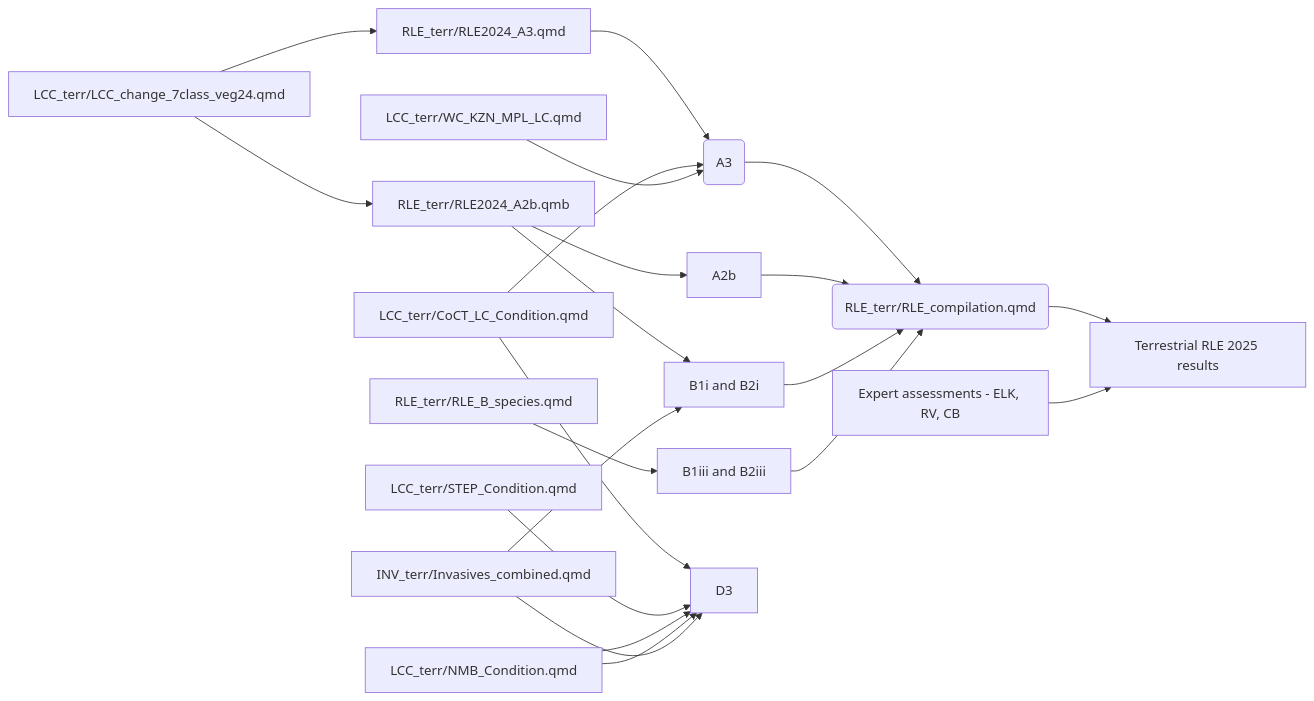
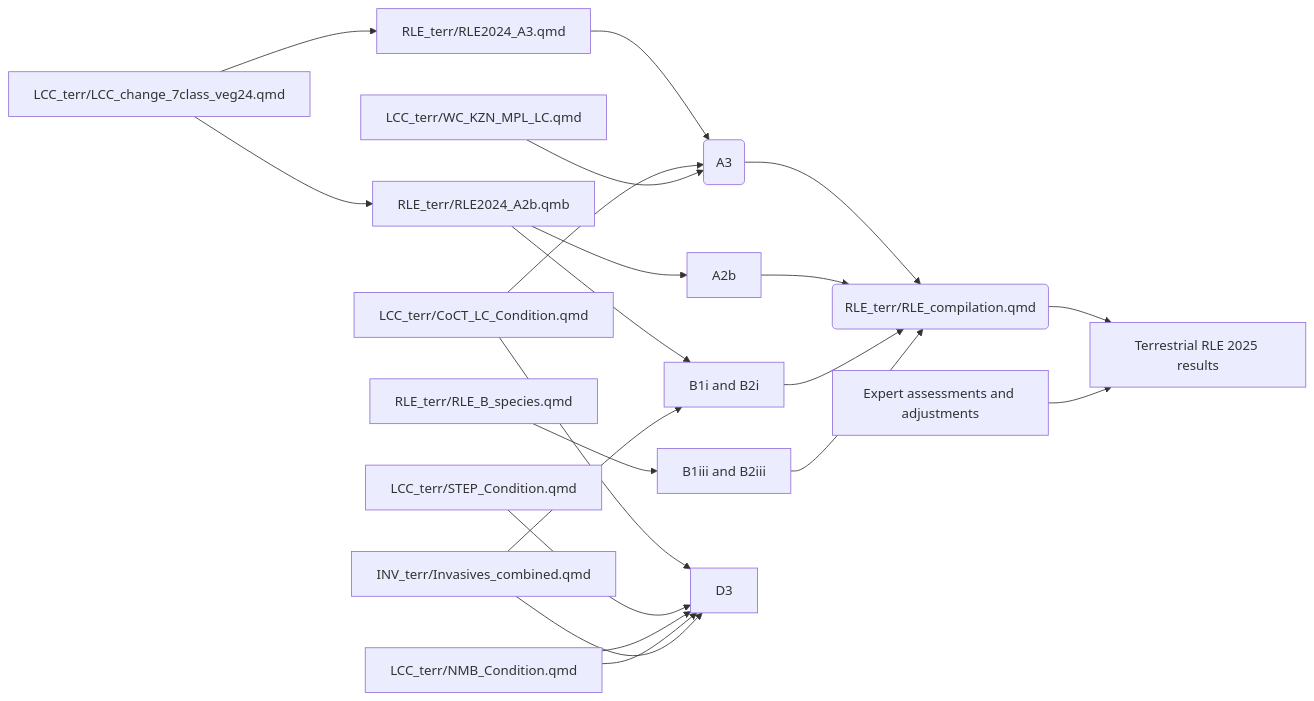
Before and after one commit to askowno/RLE_terr: the diagram in README.md, drawn with Mermaid. The commit also changed other lines of this file and 1 other file, not shown here.

````diff
--- a/README.md
+++ b/README.md
@@ -17,16 +17,16 @@
 ``` mermaid
 flowchart LR; 
 A[LCC_terr/LCC_change_7class_veg24.qmd] --> B[RLE_terr/RLE2024_A3.qmd] --> C(A3) --> D(RLE_terr/RLE_compilation.qmd) --> E[Terrestrial RLE 2025 results]; 
 A --> F[RLE_terr/RLE2024_A2b.qmb] --> G[A2b] --> D; 
 F--> H[B1i and B2i] --> D ;
 I[RLE_terr/RLE_B_species.qmd] --> J[B1iii and B2iii] --> D ;
 K[LCC_terr/CoCT_LC_Condition.qmd] --> C; 
 K --> N ;
 L[LCC_terr/WC_KZN_MPL_LC.qmd] --> C; 
 M[LCC_terr/STEP_Condition.qmd] --> N[D3]; 
 O[LCC_terr/LittleKaroo_deg.qmd] --> N; 
 O[LCC_terr/NMB_Condition.qmd] --> N; 
-P[Expert assessments - ELK, RV, CB] --> E; 
+P[Expert assessments and adjustments] --> E; 
 Q[INV_terr/Invasives_combined.qmd] --> H;
 Q --> N;
 ```
````
